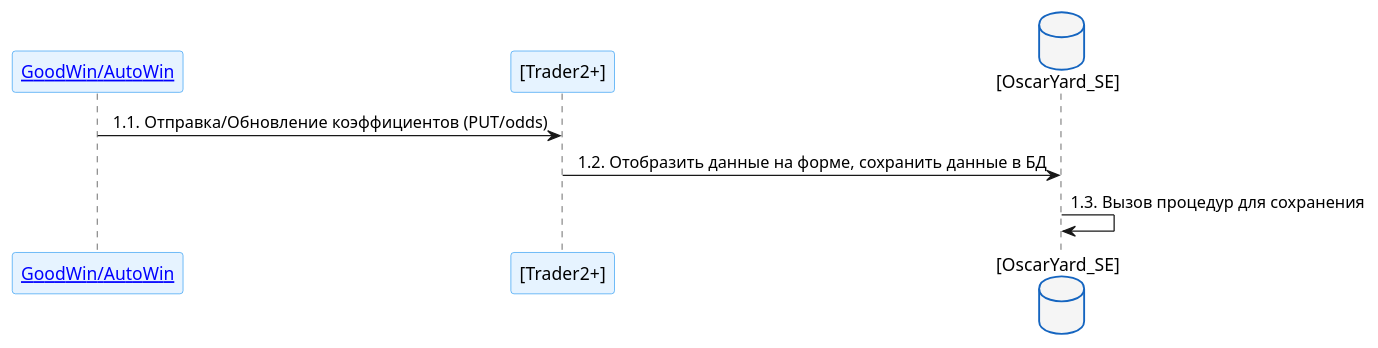
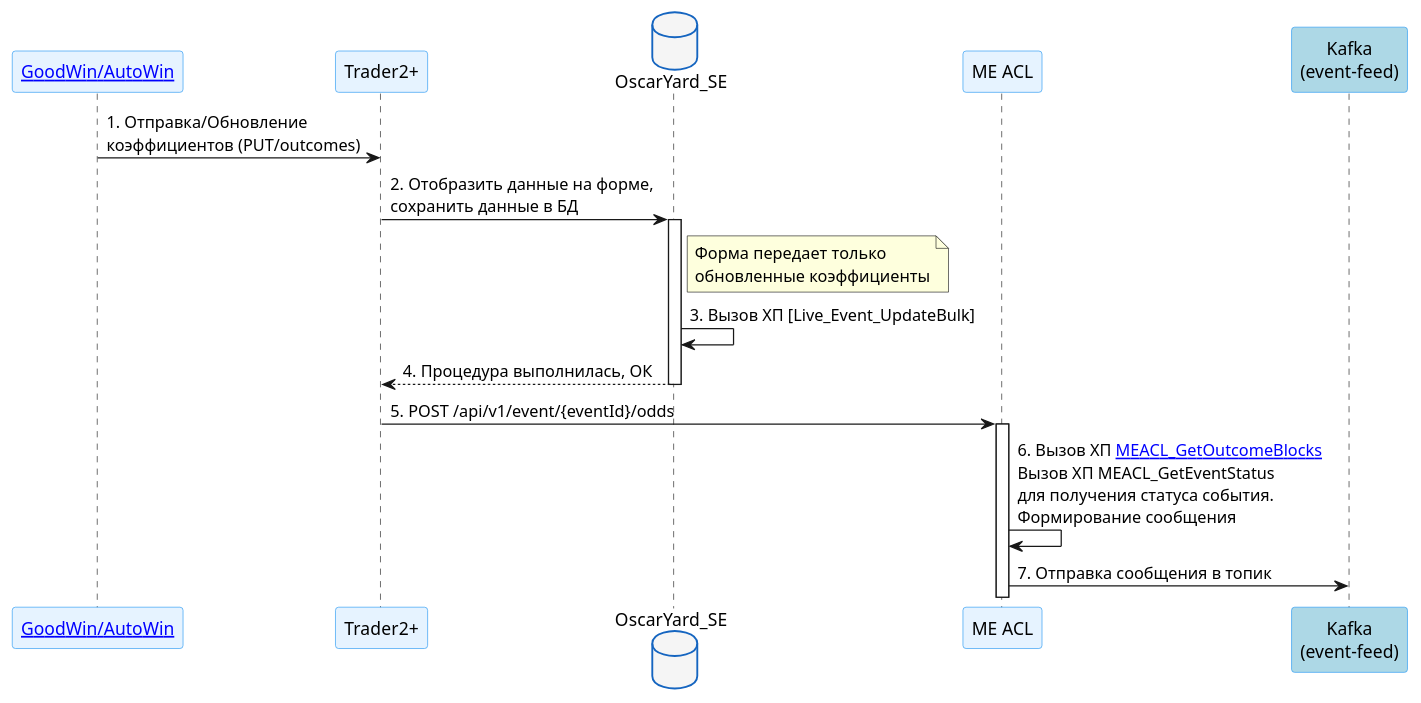
One commit to KonstantinOsipov/UML_Scheme changed the diagram in LT-13326.puml. Above: the diagram before and after it, drawn with PlantUML. The commit also changed other lines of this file, not shown here.

Commit message:
Исправлены отступы и выравнивание в диаграмме LT-13326, добавлены участники и уточнены шаги взаимодействия.

```diff
--- a/LT-13326.puml
+++ b/LT-13326.puml
@@ -2,26 +2,42 @@
 @startuml
 skinparam backgroundColor white
-skinparam sequenceMessageAlign center
+skinparam sequenceMessageAlign left
 
 skinparam participant {
     BackgroundColor #e6f3ff
     BorderColor #2196F3
     FontColor #000000
     FontSize 14
 }
 
 skinparam database {
     BackgroundColor #f5f5f5
     BorderColor #1565C0
     FontColor #000000
 }
 
 participant "[[https://confluence.sportsapi.ru/x/RKbXCw GoodWin/AutoWin]]" as GW
-participant "[Trader2+]" as TR
-database "[OscarYard_SE]" as OY
+participant "Trader2+" as TR
+database "OscarYard_SE" as OY
+participant "ME ACL" as ME
+participant "Kafka\n(event-feed)" as KAFKA #lightblue
 
-GW -> TR: 1.1. Отправка/Обновление коэффициентов (PUT/odds)
-TR -> OY: 1.2. Отобразить данные на форме, сохранить данные в БД
-OY -> OY: 1.3. Вызов процедур для сохранения
+GW -> TR: 1. Отправка/Обновление \nкоэффициентов (PUT/outcomes)
+TR -> OY: 2. Отобразить данные на форме,\nсохранить данные в БД
+activate OY
 
+note right of OY
+Форма передает только
+обновленные коэффициенты
+end note
+
+OY -> OY: 3. Вызов ХП [Live_Event_UpdateBulk]
+return 4. Процедура выполнилась, ОК
+
+TR -> ME: 5. POST /api/v1/event/{eventId}/odds
+activate ME
+
+ME -> ME: 6. Вызов ХП [[https://confluence.ligastavok.tech/x/AAfIEg MEACL_GetOutcomeBlocks]]\nВызов ХП MEACL_GetEventStatus\nдля получения статуса события.\nФормирование сообщения
+
+ME -> KAFKA: 7. Отправка сообщения в топик
 @enduml
```
